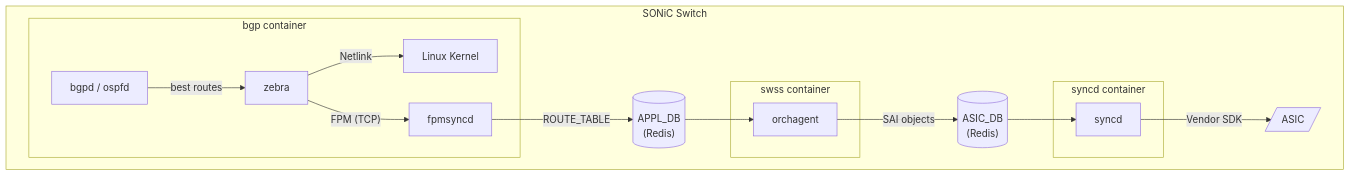
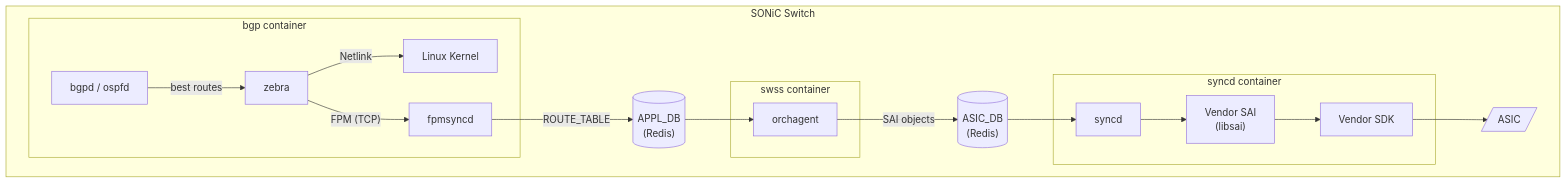
The first of 2 diagrams in docs/14_bgp_container.md (ManiAm/sonic-lab-internals), drawn with Mermaid before and after one commit. The commit also changed other lines of this file and 20 other files, not shown here.

````diff
--- a/docs/14_bgp_container.md
+++ b/docs/14_bgp_container.md
@@ -53,36 +53,40 @@
 ```mermaid
 %%{init: {"flowchart": {"diagramPadding": 200}}}%%
 graph TD
     subgraph sonic["SONiC Switch"]
 
         subgraph bgp["bgp container"]
             protocols["bgpd / ospfd"]
             zebra["zebra"]
             fpmsyncd["fpmsyncd"]
             kernel["Linux Kernel"]
         end
 
         appl_db[("APPL_DB<br/>(Redis)")]
 
         subgraph swss["swss container"]
             orchagent["orchagent"]
         end
 
         asic_db[("ASIC_DB<br/>(Redis)")]
 
         subgraph syncd_container["syncd container"]
             syncd["syncd"]
+            vendor_sai["Vendor SAI<br/>(libsai)"]
+            vendor_sdk["Vendor SDK"]
         end
 
         asic[/"ASIC"/]
 
         protocols -- "best routes" --> zebra
         zebra -- "Netlink" --> kernel
         zebra -- "FPM (TCP)" --> fpmsyncd
         fpmsyncd -- "ROUTE_TABLE" --> appl_db
         appl_db --> orchagent
         orchagent -- "SAI objects" --> asic_db
         asic_db --> syncd
-        syncd -- "Vendor SDK" --> asic
+        syncd --> vendor_sai
+        vendor_sai --> vendor_sdk
+        vendor_sdk --> asic
     end
 ```
````
